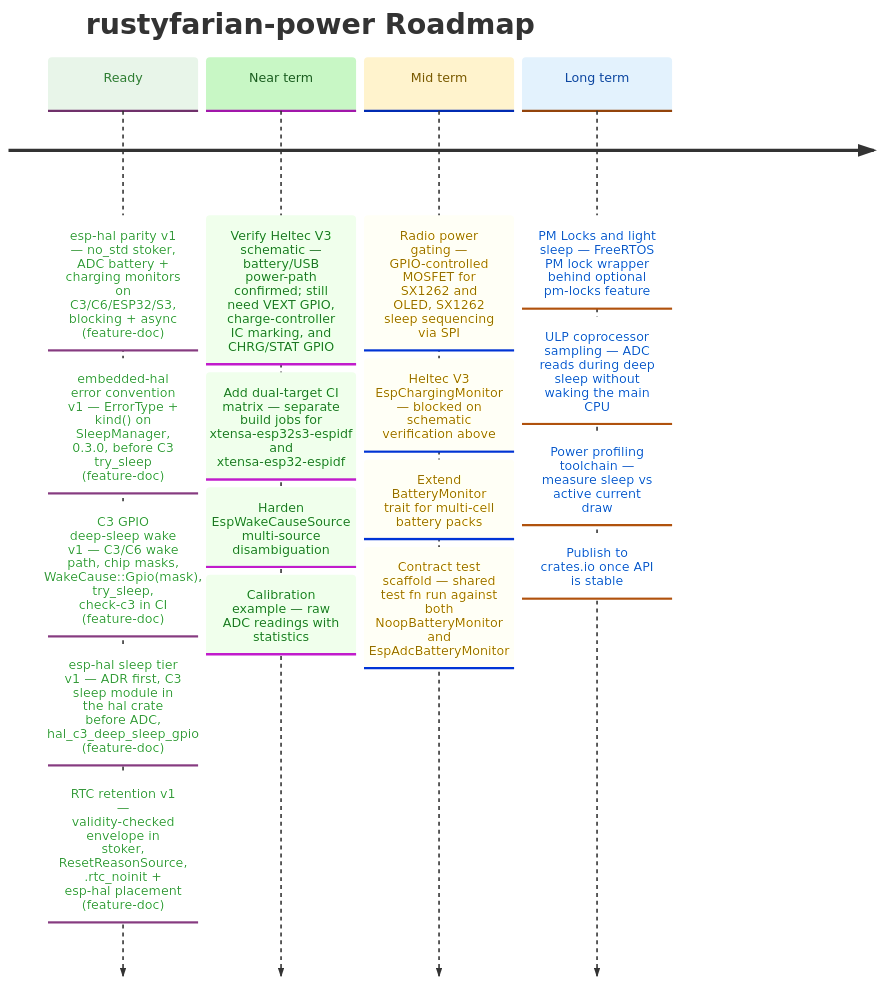
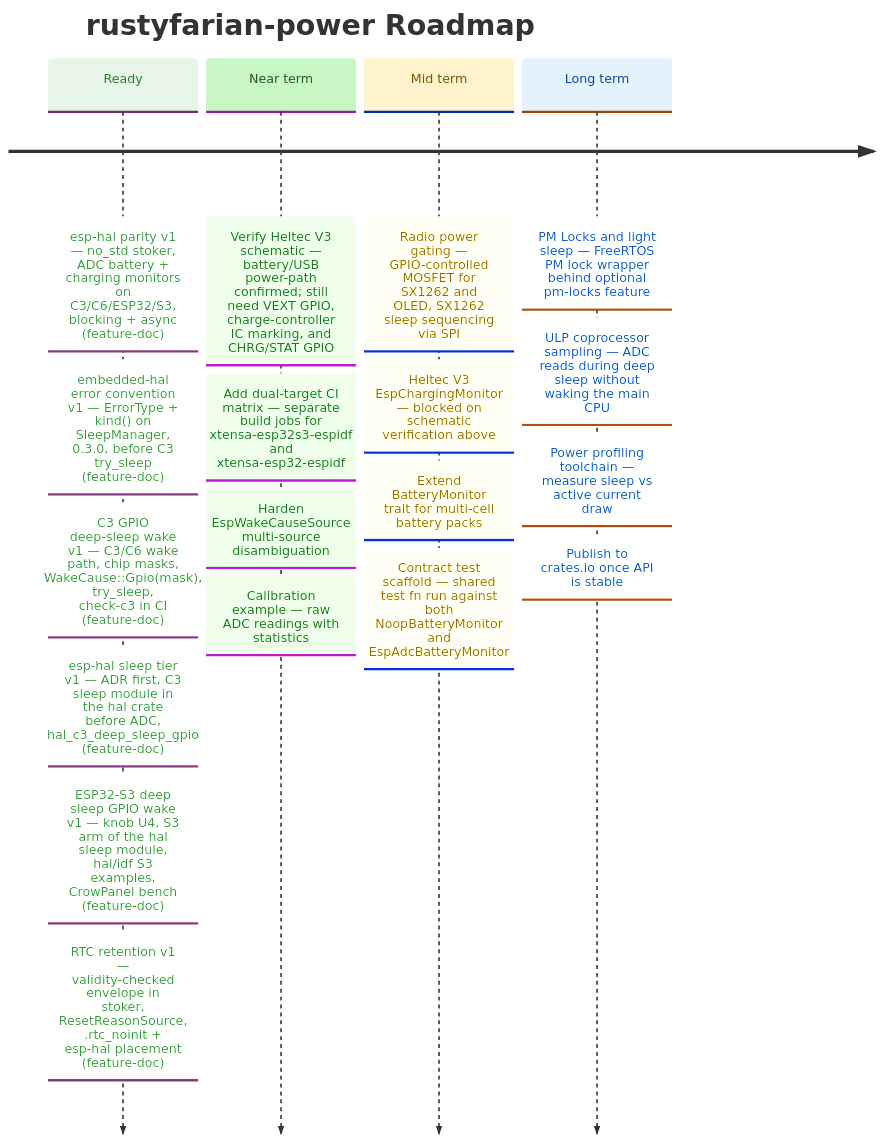
One commit to datenkollektiv/rustyfarian-power changed the diagram in docs/ROADMAP.md. Above: the diagram before and after it, drawn with Mermaid. The commit also changed 21 other files, not shown here.

Commit message:
Add ESP32-S3 deep sleep with GPIO wake on both tiers

````diff
--- a/docs/ROADMAP.md
+++ b/docs/ROADMAP.md
@@ -12,39 +12,40 @@
 ```mermaid
 %%{init: {
   "theme": "base",
   "themeVariables": {
     "cScale0": "#e8f5e9",
     "cScaleLabel0": "#2e7d32",
     "cScale1": "#c8f7c5",
     "cScaleLabel1": "#1b5e20",
     "cScale2": "#fff3cd",
     "cScaleLabel2": "#7a5a00",
     "cScale3": "#e3f2fd",
     "cScaleLabel3": "#0d47a1"
   }
 }}%%
 
 timeline
     title rustyfarian-power Roadmap
 
     Ready     : esp-hal parity v1 — no_std stoker, ADC battery + charging monitors on C3/C6/ESP32/S3, blocking + async (feature-doc)
               : embedded-hal error convention v1 — ErrorType + kind() on SleepManager, 0.3.0, before C3 try_sleep (feature-doc)
               : C3 GPIO deep-sleep wake v1 — C3/C6 wake path, chip masks, WakeCause::Gpio(mask), try_sleep, check-c3 in CI (feature-doc)
               : esp-hal sleep tier v1 — ADR first, C3 sleep module in the hal crate before ADC, hal_c3_deep_sleep_gpio (feature-doc)
+              : ESP32-S3 deep sleep GPIO wake v1 — knob U4, S3 arm of the hal sleep module, hal/idf S3 examples, CrowPanel bench (feature-doc)
               : RTC retention v1 — validity-checked envelope in stoker, ResetReasonSource, .rtc_noinit + esp-hal placement (feature-doc)
 
     Near term : Verify Heltec V3 schematic — battery/USB power-path confirmed; still need VEXT GPIO, charge-controller IC marking, and CHRG/STAT GPIO
               : Add dual-target CI matrix — separate build jobs for xtensa-esp32s3-espidf and xtensa-esp32-espidf
               : Harden EspWakeCauseSource multi-source disambiguation
               : Calibration example — raw ADC readings with statistics
 
     Mid term  : Radio power gating — GPIO-controlled MOSFET for SX1262 and OLED, SX1262 sleep sequencing via SPI
               : Heltec V3 EspChargingMonitor — blocked on schematic verification above
               : Extend BatteryMonitor trait for multi-cell battery packs
               : Contract test scaffold — shared test fn run against both NoopBatteryMonitor and EspAdcBatteryMonitor
 
     Long term : PM Locks and light sleep — FreeRTOS PM lock wrapper behind optional pm-locks feature
               : ULP coprocessor sampling — ADC reads during deep sleep without waking the main CPU
               : Power profiling toolchain — measure sleep vs active current draw
               : Publish to crates.io once API is stable
 ```
````
